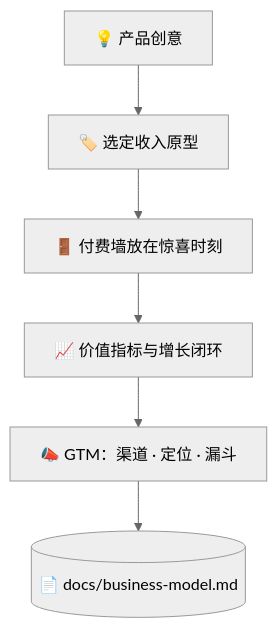
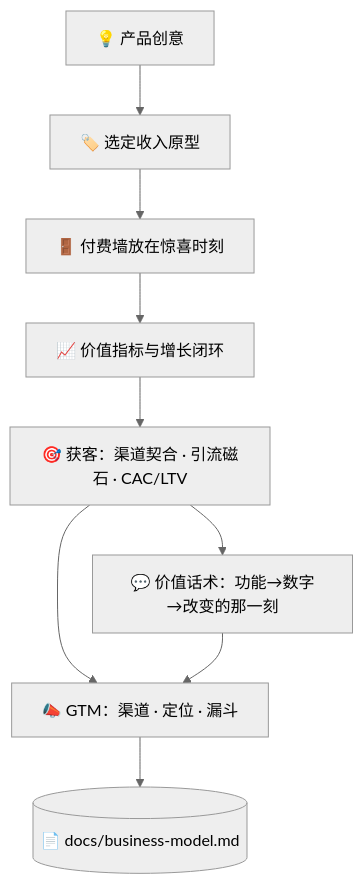
One commit to takaoumehara/superforge-skill changed the diagram in skills/superforge-biz/README.zh-CN.md. Above: the diagram before and after it, drawn with Mermaid (neutral theme). The commit also changed other lines of this file and 15 other files, not shown here.

````diff
--- a/skills/superforge-biz/README.zh-CN.md
+++ b/skills/superforge-biz/README.zh-CN.md
@@ -23,8 +23,11 @@
 ```mermaid
 flowchart TD
     I[💡 产品创意] --> A[🏷️ 选定收入原型]
     A --> B[🚪 付费墙放在惊喜时刻]
     B --> C[📈 价值指标与增长闭环]
-    C --> D[📣 GTM：渠道 · 定位 · 漏斗]
-    D --> E[(📄 docs/business-model.md)]
+    C --> D[🎯 获客：渠道契合 · 引流磁石 · CAC/LTV]
+    D --> P[💬 价值话术：功能→数字→改变的那一刻]
+    D --> E2[📣 GTM：渠道 · 定位 · 漏斗]
+    P --> E2
+    E2 --> E[(📄 docs/business-model.md)]
 ```
````
